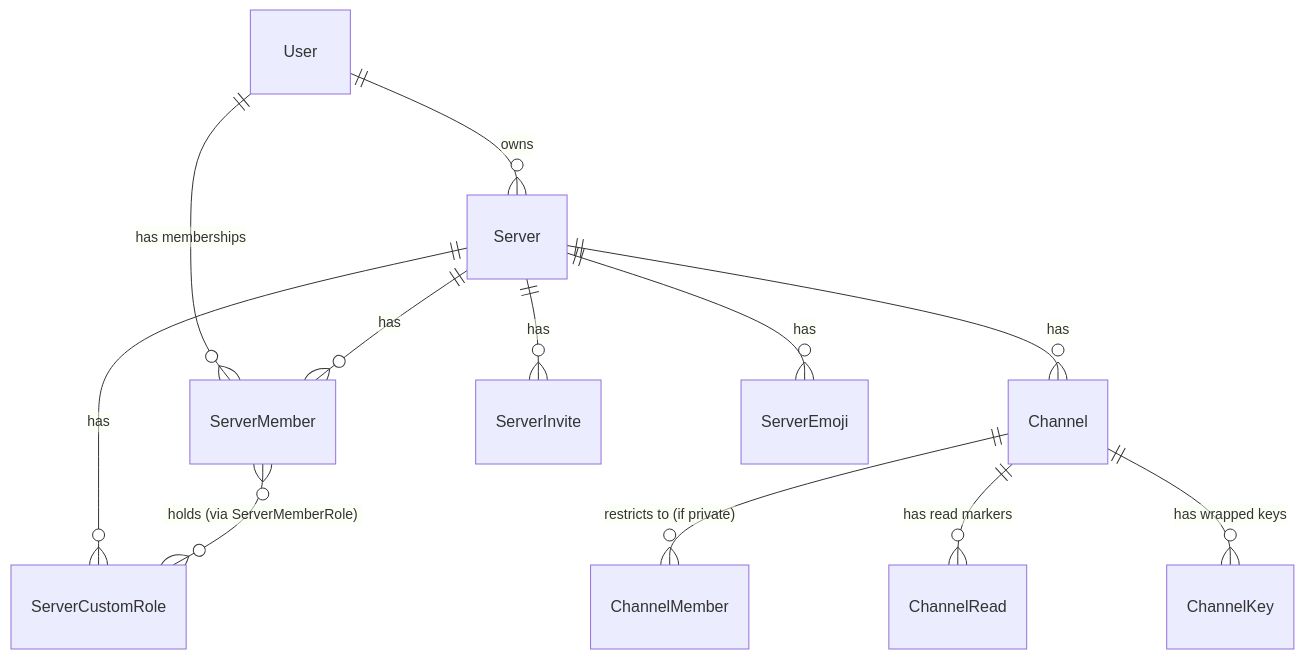
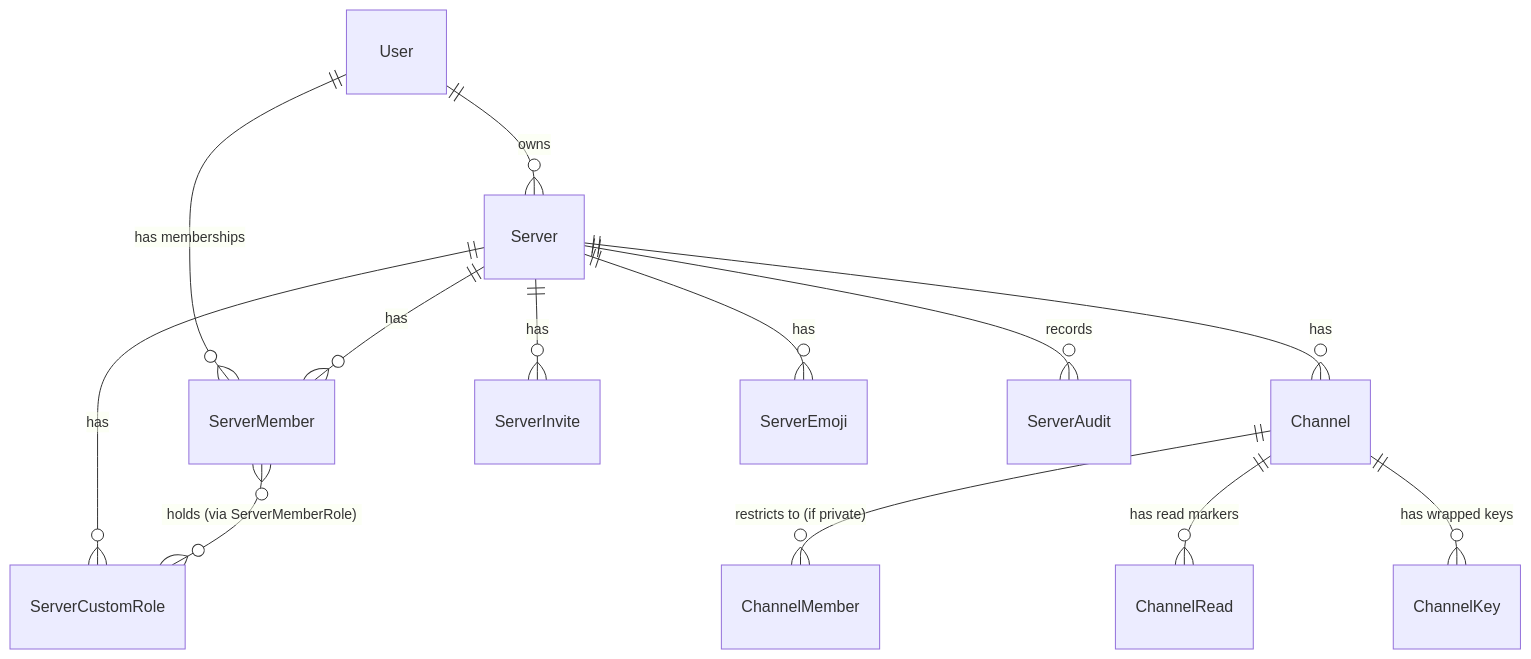
One commit to aiyu-ayaan/BetweenUs changed the second of 6 diagrams in docs/docs/database/schema.md. Above: the diagram before and after it, drawn with Mermaid. The commit also changed other lines of this file and 12 other files, not shown here.

````diff
--- a/docs/docs/database/schema.md
+++ b/docs/docs/database/schema.md
@@ -142,14 +142,15 @@
 ```mermaid
 erDiagram
     User ||--o{ Server : owns
     User ||--o{ ServerMember : "has memberships"
     Server ||--o{ ServerMember : has
     Server ||--o{ Channel : has
     Server ||--o{ ServerInvite : has
     Server ||--o{ ServerCustomRole : has
     Server ||--o{ ServerEmoji : has
+    Server ||--o{ ServerAudit : records
     ServerMember }o--o{ ServerCustomRole : "holds (via ServerMemberRole)"
     Channel ||--o{ ChannelMember : "restricts to (if private)"
     Channel ||--o{ ChannelRead : "has read markers"
     Channel ||--o{ ChannelKey : "has wrapped keys"
 ```
````
